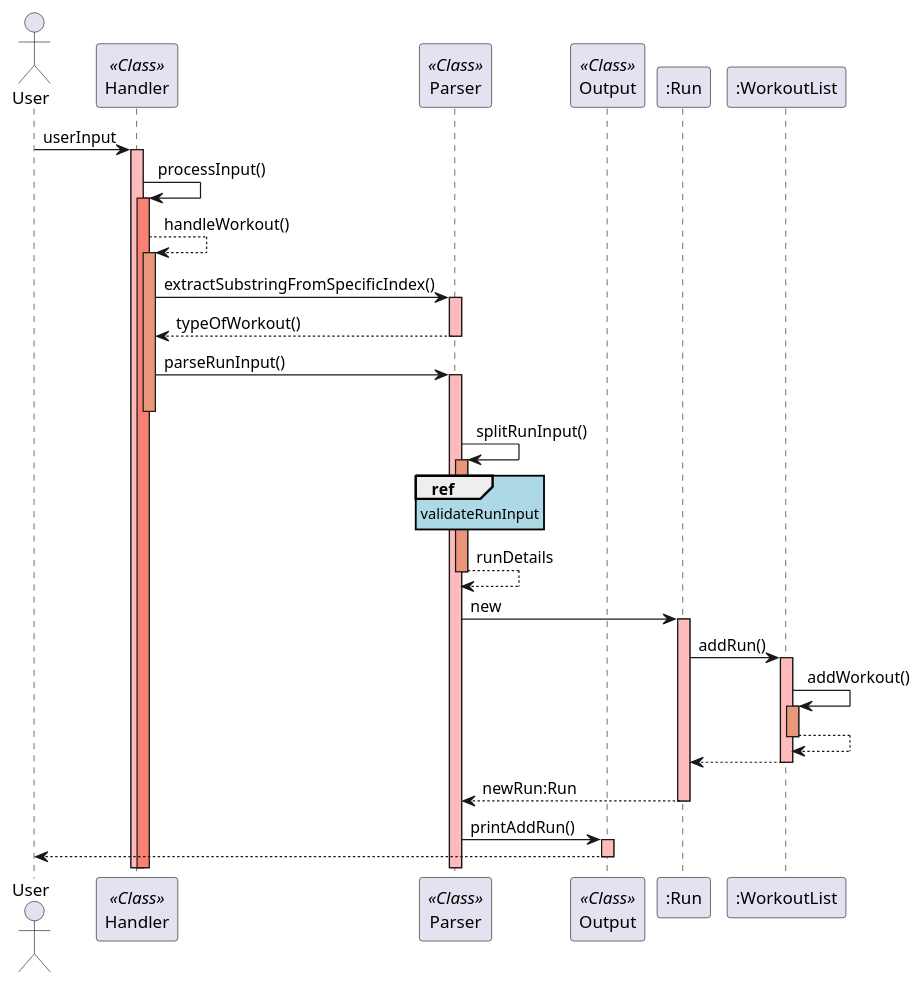
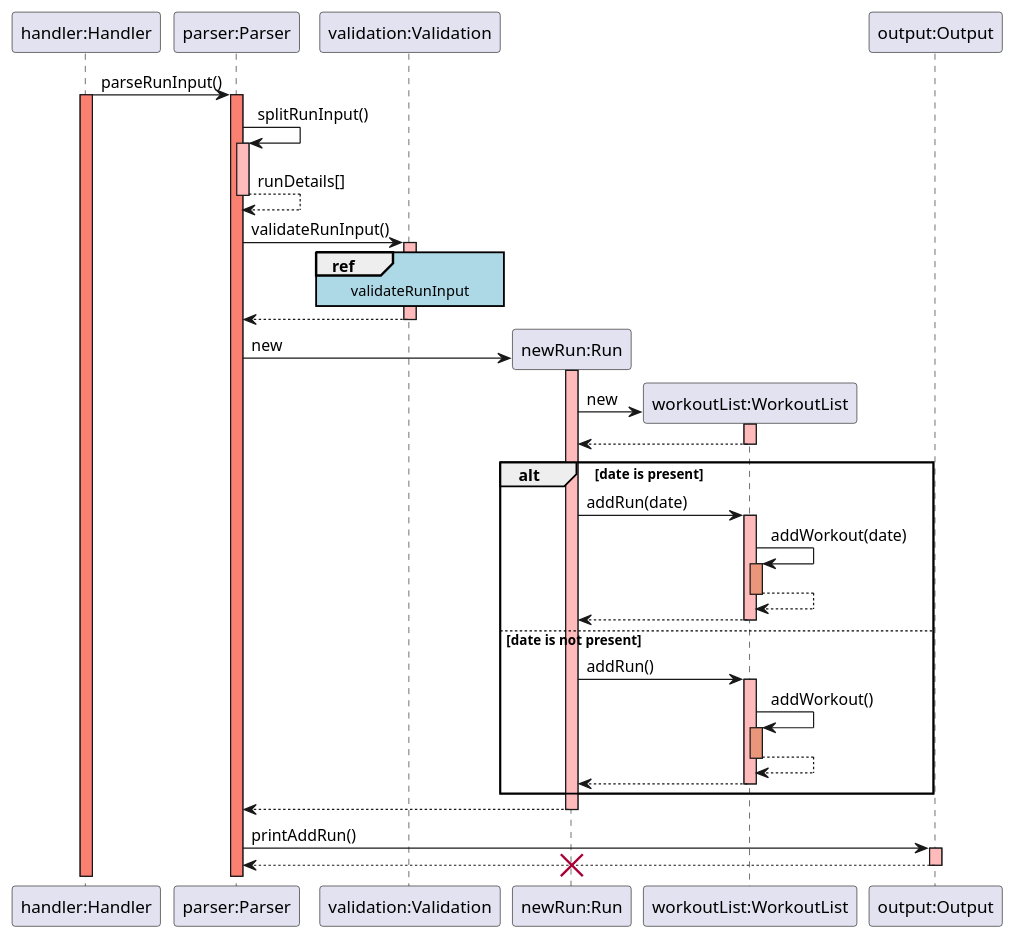
Before and after one commit to rouvinerh/tp: the diagram in docs/puml/sequence_diagrams/run_sequence_diagram.puml, drawn with PlantUML. The commit also changed 14 other files, not shown here.

```diff
--- a/docs/puml/sequence_diagrams/run_sequence_diagram.puml
+++ b/docs/puml/sequence_diagrams/run_sequence_diagram.puml
@@ -1,47 +1,62 @@
 @startuml
 skinparam sequenceReferenceBackgroundColor lightblue
-actor User
-participant Handler as Handler << Class >>
-participant Parser as Parser << Class >>
-participant Output as Output << Class >>
-participant ":Run" as Run
-participant ":WorkoutList" as WorkoutList
 
-User -> Handler: userInput
-activate Handler #FFBBBB
-Handler -> Handler : processInput()
-activate Handler #Salmon
-Handler --> Handler : handleWorkout()
-activate Handler #DarkSalmon
-Handler -> Parser  : extractSubstringFromSpecificIndex()
-activate Parser  #FFBBBB
-Parser  --> Handler : typeOfWorkout()
-deactivate Parser  #FFBBBB
+participant "handler:Handler" as Handler
 
-Handler -> Parser : parseRunInput()
-activate Parser  #FFBBBB
-deactivate Handler #DarkSalmon
+participant "parser:Parser" as Parser
+participant "validation:Validation" as Validation
+participant "newRun:Run" as Run
+participant "workoutList:WorkoutList" as WorkoutList
+participant "output:Output" as Output
 
-Parser -> Parser : splitRunInput()
-ref over Parser: validateRunInput
-activate Parser  #DarkSalmon
-Parser --> Parser : runDetails
-deactivate Parser  #DarkSalmon
-Parser -> Run: new
-activate Run #FFBBBB
-Run -> WorkoutList: addRun()
+Handler -> Parser: parseRunInput()
+activate Handler #salmon
+activate Parser #salmon
+
+Parser -> Parser: splitRunInput()
+activate Parser #FFBBBB
+Parser --> Parser: runDetails[]
+deactivate Parser #FFBBBB
+
+Parser -> Validation: validateRunInput()
+activate Validation #FFBBBB
+ref over Validation: validateRunInput 
+Validation --> Parser: 
+deactivate Validation
+
+Parser -> Run **: new
+activate Run #FFBBBB   
+Run -> WorkoutList **: new
 activate WorkoutList #FFBBBB
-WorkoutList -> WorkoutList: addWorkout()
-activate WorkoutList #DarkSalmon
-WorkoutList --> WorkoutList
-deactivate WorkoutList #DarkSalmon
-WorkoutList --> Run
+WorkoutList --> Run:
 deactivate WorkoutList #FFBBBB
-Run --> Parser: newRun:Run
+
+alt date is present
+    Run -> WorkoutList: addRun(date)
+    activate WorkoutList #FFBBBB
+    WorkoutList -> WorkoutList: addWorkout(date)
+    activate WorkoutList #DarkSalmon
+    WorkoutList --> WorkoutList:
+    deactivate WorkoutList #DarkSalmon
+    WorkoutList --> Run:
+    deactivate WorkoutList #FFBBBB
+
+ 
+else date is not present
+    Run -> WorkoutList: addRun()
+    activate WorkoutList #FFBBBB
+    WorkoutList -> WorkoutList: addWorkout()
+    activate WorkoutList #DarkSalmon
+    WorkoutList --> WorkoutList:
+    deactivate WorkoutList #DarkSalmon
+    WorkoutList --> Run:
+    deactivate WorkoutList #FFBBBB
+end
+Run --> Parser:
 deactivate Run #FFBBBB
-
-Parser -> Output : printAddRun()
+Parser -> Output: printAddRun()
 activate Output #FFBBBB
-Output --> User:
+Output --> Parser:
 deactivate Output #FFBBBB
+destroy Run
 @enduml
```
